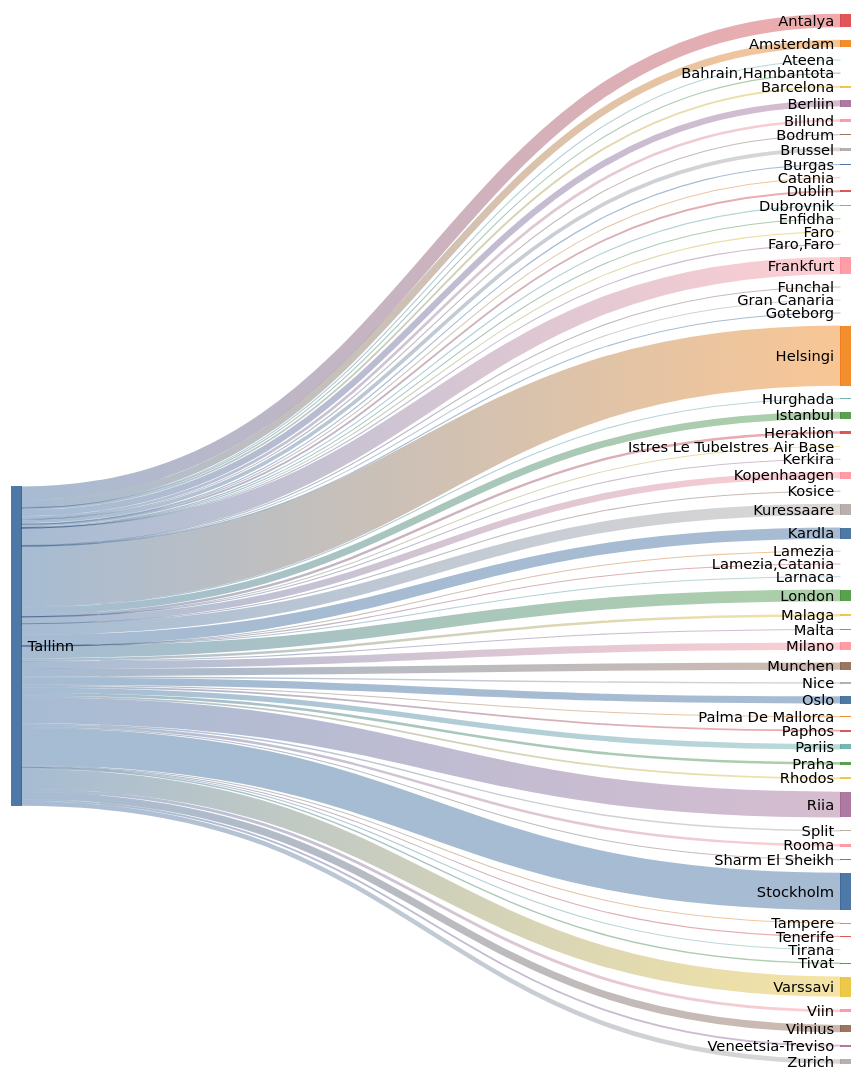
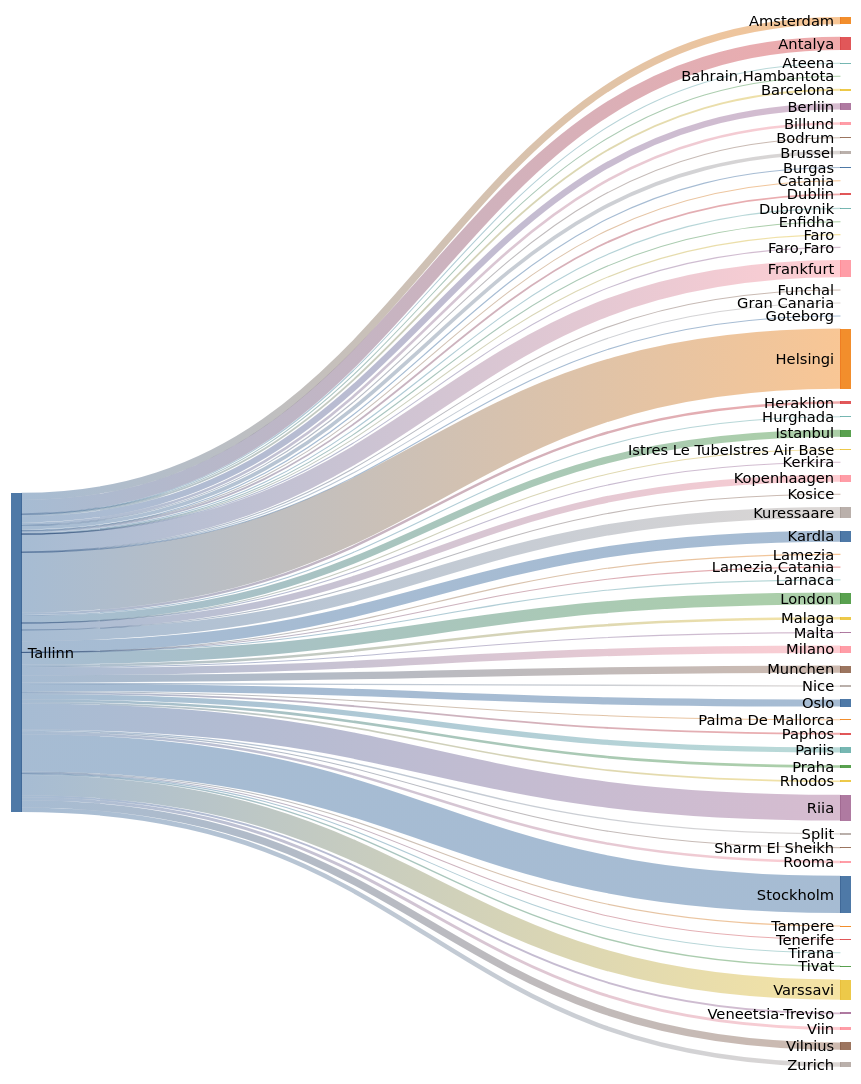
One commit to rainermesi/tll-airport-departures changed the second of 2 diagrams in README.md. Above: the diagram before and after it, drawn with Mermaid (forest theme). The commit also changed other lines of this file, not shown here.

````diff
--- a/README.md
+++ b/README.md
@@ -34,72 +34,72 @@
 ```mermaid
 ---
 config:
   sankey:
     showValues: false
     width: 800
     height: 1000
 ---
 sankey-beta
 %% source,target,value
-Tallinn,Amsterdam,133
-Tallinn,Antalya,248
+Tallinn,Amsterdam,135
+Tallinn,Antalya,249
 Tallinn,Ateena,16
 Tallinn,"Bahrain,Hambantota",1
 Tallinn,Barcelona,35
-Tallinn,Berliin,116
+Tallinn,Berliin,117
 Tallinn,Billund,49
 Tallinn,Bodrum,11
 Tallinn,Brussel,69
 Tallinn,Burgas,21
 Tallinn,Catania,2
 Tallinn,Dublin,34
 Tallinn,Dubrovnik,21
 Tallinn,Enfidha,7
 Tallinn,Faro,4
 Tallinn,"Faro,Faro",1
-Tallinn,Frankfurt,319
+Tallinn,Frankfurt,322
 Tallinn,Funchal,5
 Tallinn,Gran Canaria,10
 Tallinn,Goteborg,1
-Tallinn,Helsingi,1110
+Tallinn,Helsingi,1119
 Tallinn,Heraklion,46
 Tallinn,Hurghada,15
-Tallinn,Istanbul,129
+Tallinn,Istanbul,130
 Tallinn,Istres Le TubeIstres Air Base,2
 Tallinn,Kerkira,4
-Tallinn,Kopenhaagen,124
+Tallinn,Kopenhaagen,125
 Tallinn,Kosice,1
-Tallinn,Kuressaare,205
-Tallinn,Kardla,205
+Tallinn,Kuressaare,207
+Tallinn,Kardla,207
 Tallinn,Lamezia,1
 Tallinn,"Lamezia,Catania",3
 Tallinn,Larnaca,4
-Tallinn,London,219
-Tallinn,Malaga,46
+Tallinn,London,221
+Tallinn,Malaga,47
 Tallinn,Malta,15
-Tallinn,Milano,136
+Tallinn,Milano,137
 Tallinn,Munchen,135
 Tallinn,Nice,25
-Tallinn,Oslo,133
+Tallinn,Oslo,134
 Tallinn,Palma De Mallorca,19
-Tallinn,Paphos,33
-Tallinn,Pariis,98
+Tallinn,Paphos,34
+Tallinn,Pariis,99
 Tallinn,Praha,49
 Tallinn,Rhodos,32
-Tallinn,Riia,477
+Tallinn,Riia,481
 Tallinn,Rooma,47
 Tallinn,Sharm El Sheikh,18
 Tallinn,Split,25
-Tallinn,Stockholm,689
+Tallinn,Stockholm,692
 Tallinn,Tampere,17
-Tallinn,Tenerife,14
+Tallinn,Tenerife,15
 Tallinn,Tirana,8
 Tallinn,Tivat,26
-Tallinn,Varssavi,373
-Tallinn,Veneetsia-Treviso,34
-Tallinn,Viin,54
-Tallinn,Vilnius,134
+Tallinn,Varssavi,377
+Tallinn,Veneetsia-Treviso,35
+Tallinn,Viin,55
+Tallinn,Vilnius,135
 Tallinn,Zurich,84
 
 
 ```
````
